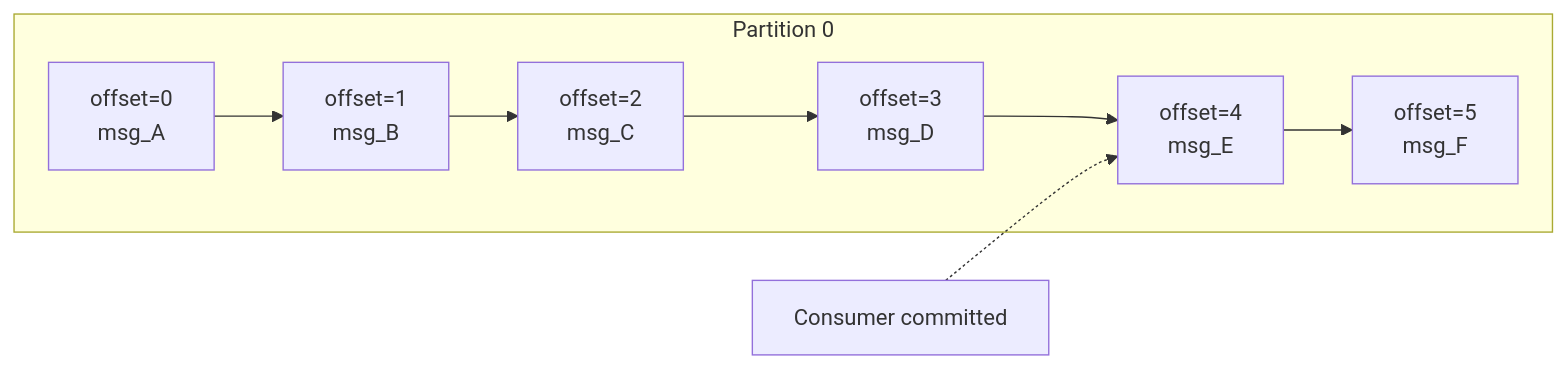
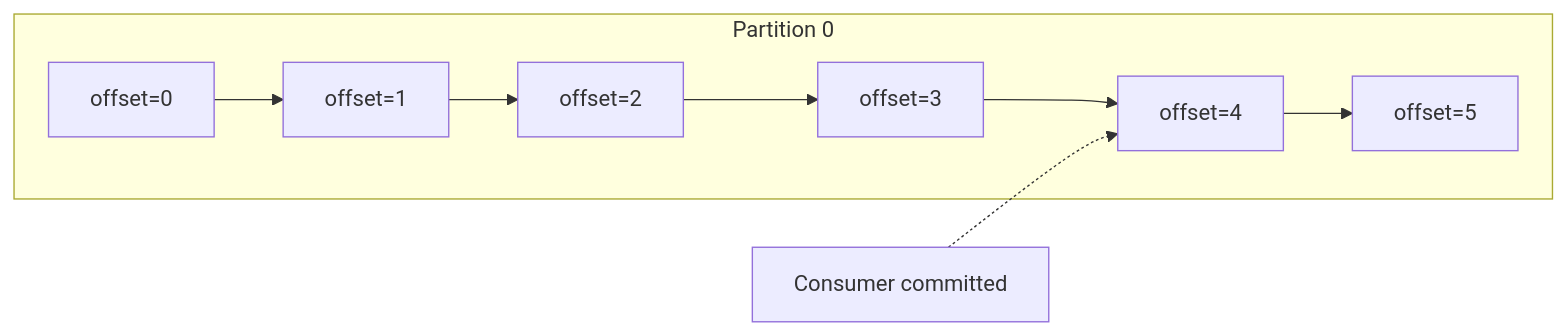
Before and after one commit to yjkim2015/yjkim2015.github.io: the seventh of 17 diagrams in _posts/kafka/2026-05-01-kafka-fundamentals.md, drawn with Mermaid. The commit also changed other lines of this file and 217 other files, not shown here.

First line of the commit message:
Mermaid 크기 수정: useMaxWidth:true + SVG max-width:100% + 라벨 축소

````diff
--- a/_posts/kafka/2026-05-01-kafka-fundamentals.md
+++ b/_posts/kafka/2026-05-01-kafka-fundamentals.md
@@ -210,13 +210,13 @@
 ```mermaid
 graph LR
     subgraph partition0["Partition 0"]
-        O0["offset=0\nmsg_A"]
-        O1["offset=1\nmsg_B"]
-        O2["offset=2\nmsg_C"]
-        O3["offset=3\nmsg_D"]
-        O4["offset=4\nmsg_E"]
-        O5["offset=5\nmsg_F"]
+        O0["offset=0"]
+        O1["offset=1"]
+        O2["offset=2"]
+        O3["offset=3"]
+        O4["offset=4"]
+        O5["offset=5"]
         O0 --> O1 --> O2 --> O3 --> O4 --> O5
     end
     COMMIT["Consumer committed"] -.-> O4
 ```
````
